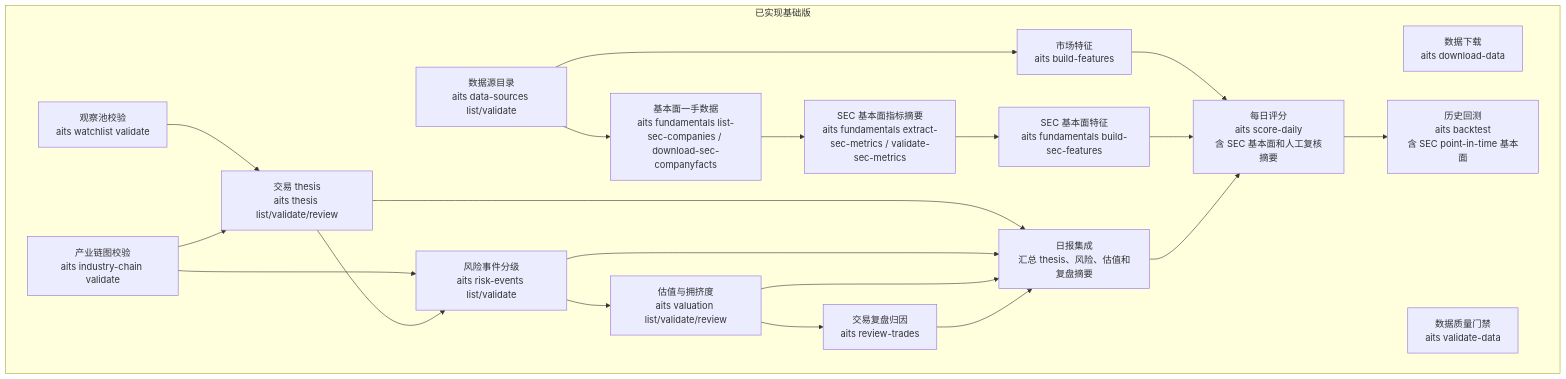
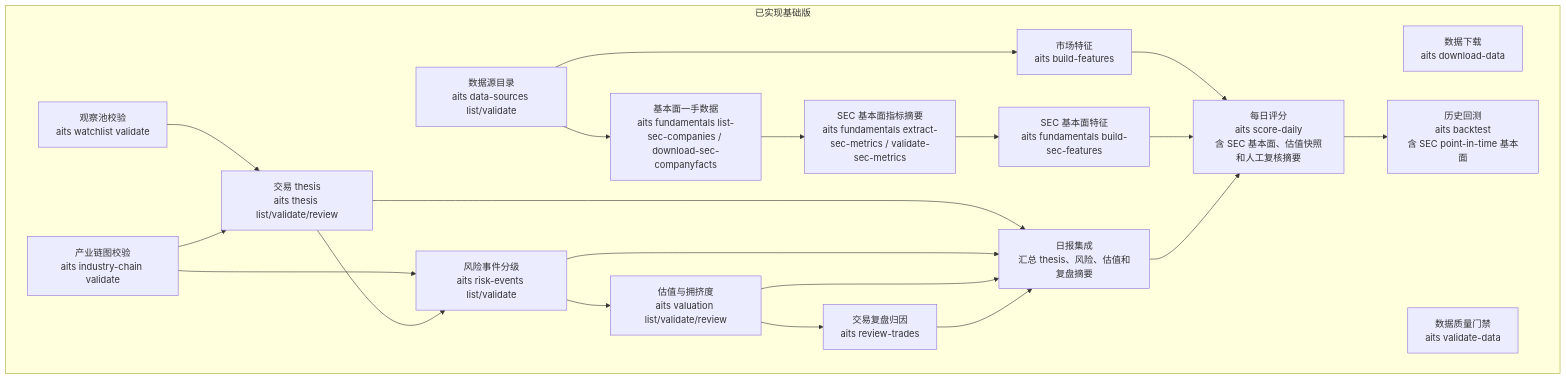
One commit to AI-Trading-Collaboration/AITradingSystem changed the fifth of 5 diagrams in docs/system_flow.md. Above: the diagram before and after it, drawn with Mermaid. The commit also changed other lines of this file and 10 other files, not shown here.

Commit message:
Score valuation snapshots in daily reports

````diff
--- a/docs/system_flow.md
+++ b/docs/system_flow.md
@@ -336,40 +340,40 @@
 ```mermaid
 flowchart TD
     subgraph Done["已实现基础版"]
         A["数据下载<br/>aits download-data"]
         B["数据质量门禁<br/>aits validate-data"]
         C["市场特征<br/>aits build-features"]
-        D["每日评分<br/>aits score-daily<br/>含 SEC 基本面和人工复核摘要"]
+        D["每日评分<br/>aits score-daily<br/>含 SEC 基本面、估值快照和人工复核摘要"]
         E["历史回测<br/>aits backtest<br/>含 SEC point-in-time 基本面"]
         F["观察池校验<br/>aits watchlist validate"]
         G["产业链图校验<br/>aits industry-chain validate"]
         H["交易 thesis<br/>aits thesis list/validate/review"]
         I["风险事件分级<br/>aits risk-events list/validate"]
         J["估值与拥挤度<br/>aits valuation list/validate/review"]
         K["交易复盘归因<br/>aits review-trades"]
         L["日报集成<br/>汇总 thesis、风险、估值和复盘摘要"]
         M["数据源目录<br/>aits data-sources list/validate"]
         N["基本面一手数据<br/>aits fundamentals list-sec-companies / download-sec-companyfacts"]
         O["SEC 基本面指标摘要<br/>aits fundamentals extract-sec-metrics / validate-sec-metrics"]
         P["SEC 基本面特征<br/>aits fundamentals build-sec-features"]
     end
 
     C --> D
     D --> E
     F --> H
     G --> H
     G --> I
     H --> I
     I --> J
     J --> K
     M --> C
     M --> N
     N --> O
     O --> P
     P --> D
     H --> L
     I --> L
     J --> L
     K --> L
     L --> D
 ```
````
